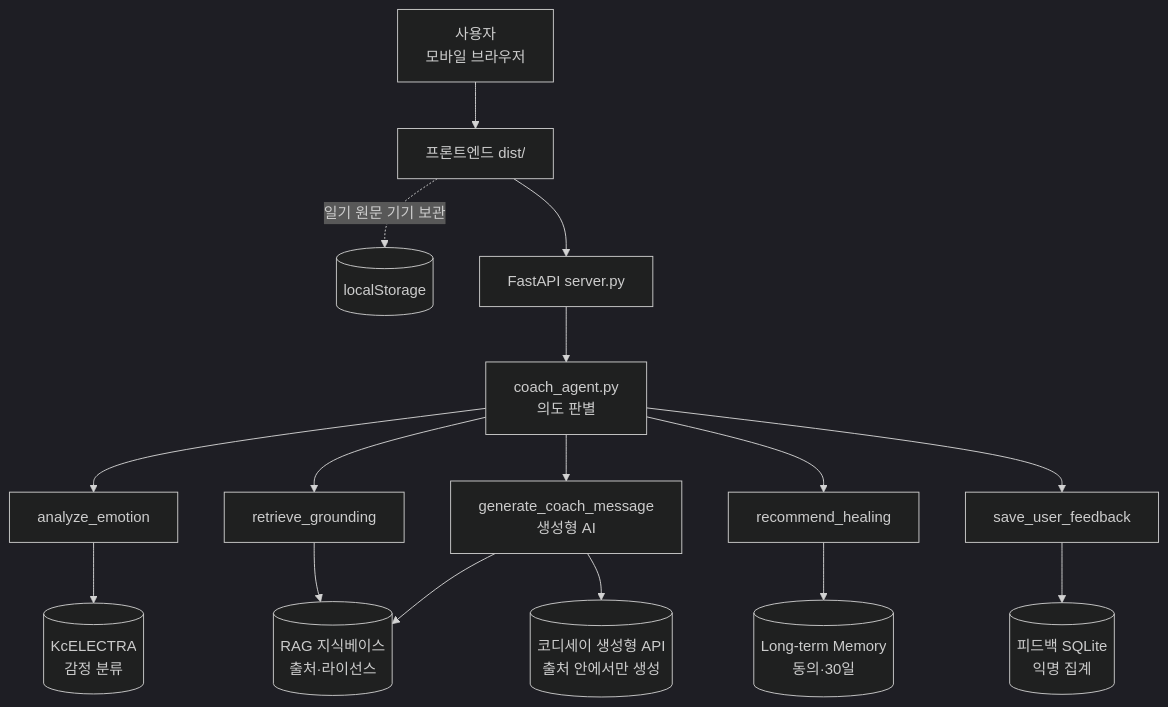
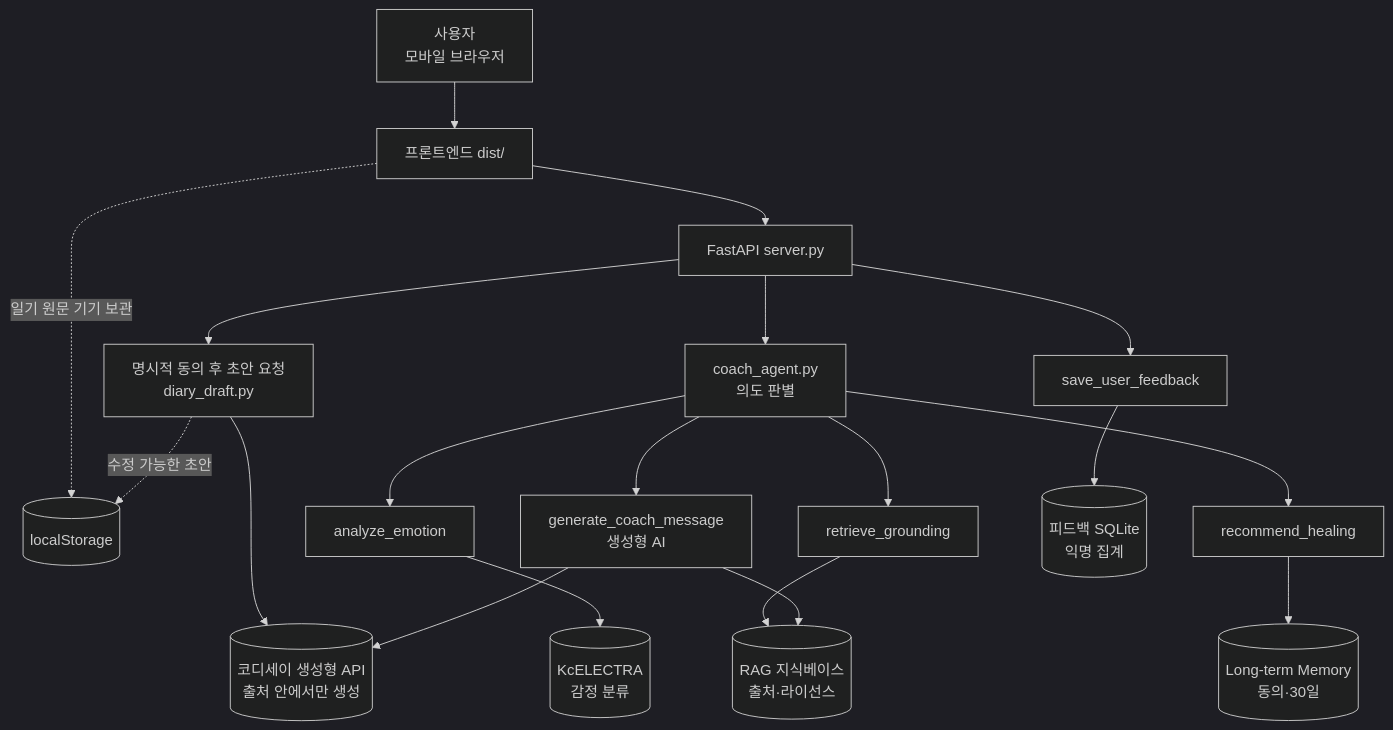
One commit to 80gina/MM changed the diagram in docs/architecture.md. Above: the diagram before and after it, drawn with Mermaid (dark theme). The commit also changed other lines of this file and 14 other files, not shown here.

````diff
--- a/docs/architecture.md
+++ b/docs/architecture.md
@@ -127,18 +145,21 @@
 ```mermaid
 flowchart TD
     U["사용자<br/>모바일 브라우저"] --> FE["프론트엔드 dist/"]
     FE -.일기 원문 기기 보관.-> LS[("localStorage")]
     FE --> API["FastAPI server.py"]
+    API --> D["명시적 동의 후 초안 요청<br/>diary_draft.py"]
+    D --> G
+    D -.수정 가능한 초안.-> LS
     API --> AG["coach_agent.py<br/>의도 판별"]
     AG --> T1["analyze_emotion"]
     AG --> T2["retrieve_grounding"]
     AG --> T3["generate_coach_message<br/>생성형 AI"]
     AG --> T4["recommend_healing"]
-    AG --> T5["save_user_feedback"]
+    API --> T5["save_user_feedback"]
     T1 --> M[("KcELECTRA<br/>감정 분류")]
     T2 --> R[("RAG 지식베이스<br/>출처·라이선스")]
     T3 --> R
     T3 --> G[("코디세이 생성형 API<br/>출처 안에서만 생성")]
     T4 --> MEM[("Long-term Memory<br/>동의·30일")]
     T5 --> FB[("피드백 SQLite<br/>익명 집계")]
 ```
````
